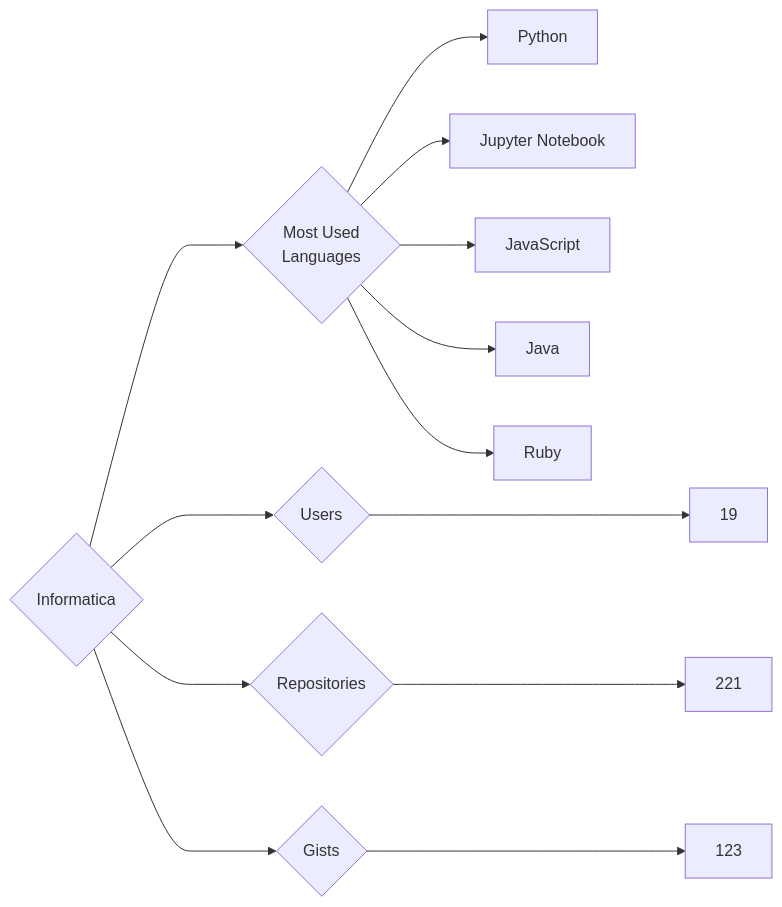
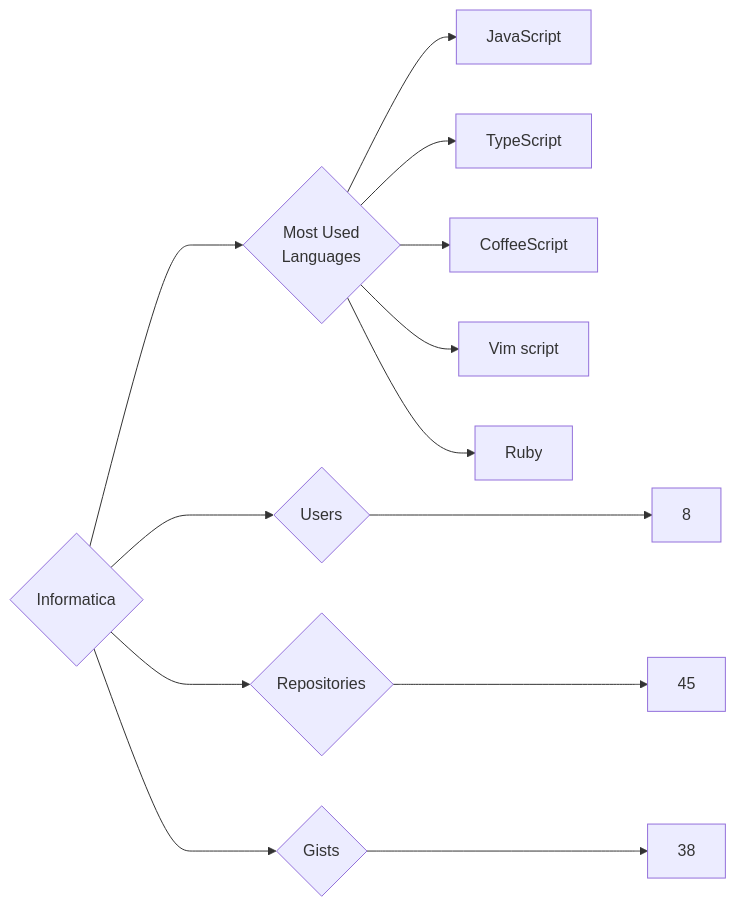
One commit to trickest/insiders changed the diagram in targets/Informatica/README.md. Above: the diagram before and after it, drawn with Mermaid. The commit also changed 932 other files, not shown here.

````diff
--- a/targets/Informatica/README.md
+++ b/targets/Informatica/README.md
@@ -3,13 +3,13 @@
 ```mermaid
 graph LR
 COMPANY_NAME{Informatica}
-COMPANY_NAME ---> U{Users} ---> UN[19]
-COMPANY_NAME ---> R{Repositories} ---> RN[221]
-COMPANY_NAME ---> G{Gists} ---> GN[123]
+COMPANY_NAME ---> U{Users} ---> UN[8]
+COMPANY_NAME ---> R{Repositories} ---> RN[45]
+COMPANY_NAME ---> G{Gists} ---> GN[38]
 COMPANY_NAME ---> ML{Most Used<br>Languages}
-ML --> Python[Python]
-ML --> Jupyter_Notebook[Jupyter Notebook]
 ML --> JavaScript[JavaScript]
-ML --> Java[Java]
+ML --> TypeScript[TypeScript]
+ML --> CoffeeScript[CoffeeScript]
+ML --> Vim_script[Vim script]
 ML --> Ruby[Ruby]
 ```
````
